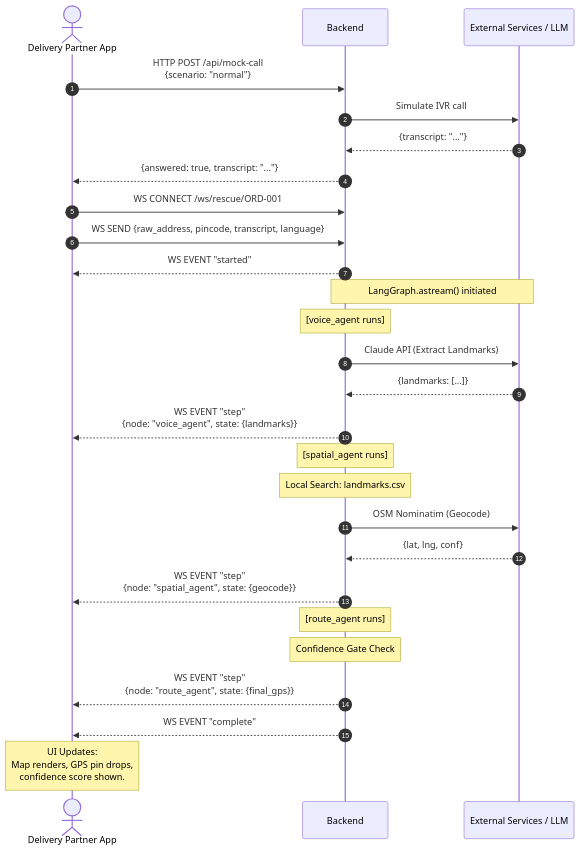
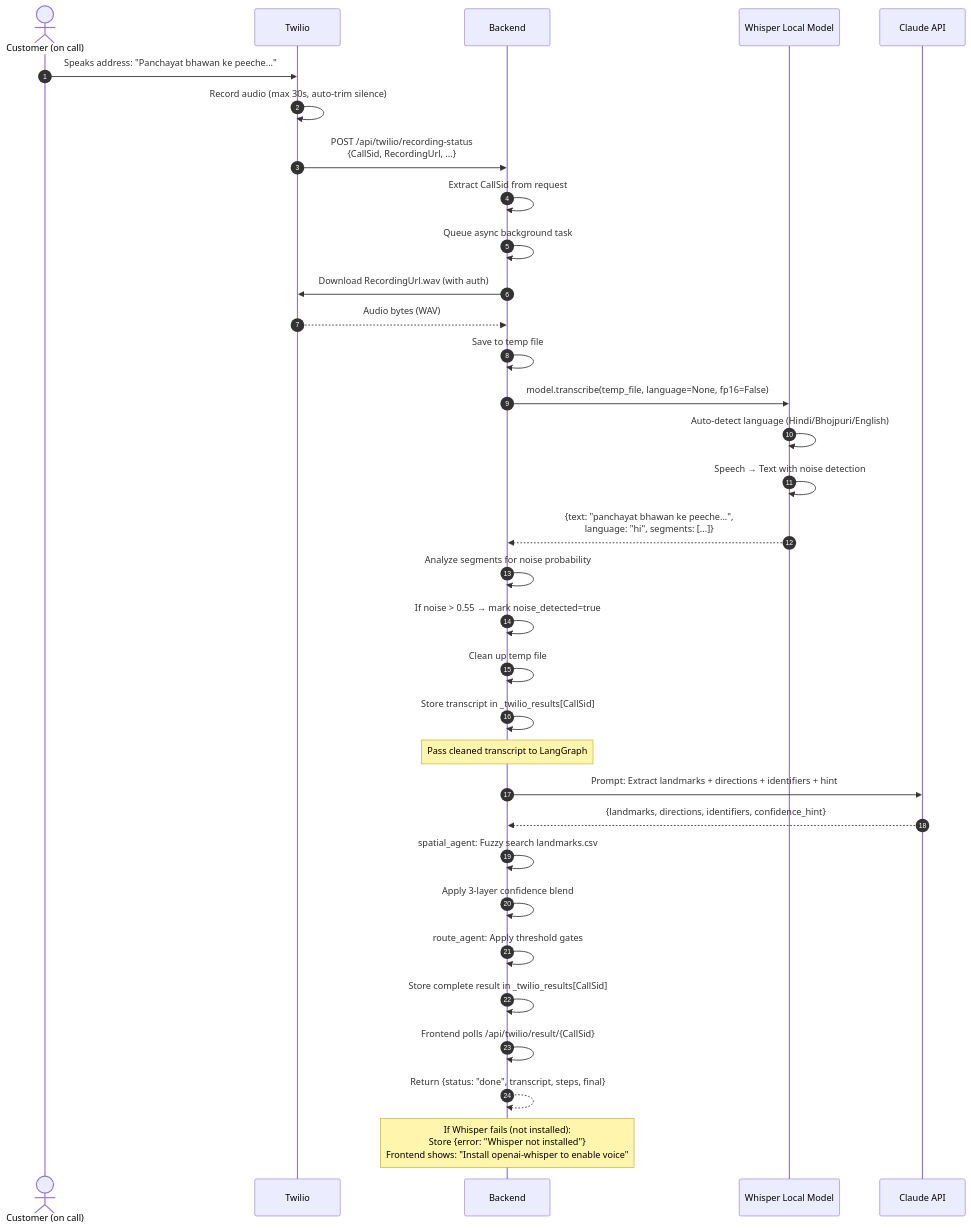
Before and after one commit to Snehaai/Delivery-Rescue: the second of 2 diagrams in README.md, drawn with Mermaid. The commit also changed other lines of this file, not shown here.

````diff
--- a/README.md
+++ b/README.md
@@ -294,37 +416,44 @@
 ```mermaid
 sequenceDiagram
     autonumber
-    actor App as Delivery Partner App
-    participant BE as Backend
-    participant Ext as External Services / LLM
-
-    App->>BE: HTTP POST /api/mock-call<br/>{scenario: "normal"}
-    BE->>Ext: Simulate IVR call
-    Ext-->>BE: {transcript: "..."}
-    BE-->>App: {answered: true, transcript: "..."}
-
-    App->>BE: WS CONNECT /ws/rescue/ORD-001
-    App->>BE: WS SEND {raw_address, pincode, transcript, language}
-    BE-->>App: WS EVENT "started"
-
-    Note over BE, Ext: LangGraph.astream() initiated
+    actor Speaker as Customer (on call)
+    participant Twilio as Twilio
+    participant Backend as Backend
+    participant Whisper as Whisper Local Model
+    participant LLM as Claude API
+ 
+    Speaker->>Twilio: Speaks address: "Panchayat bhawan ke peeche..."
+    Twilio->>Twilio: Record audio (max 30s, auto-trim silence)
+    Twilio->>Backend: POST /api/twilio/recording-status<br/>{CallSid, RecordingUrl, ...}
     
-    Note over BE: [voice_agent runs]
-    BE->>Ext: Claude API (Extract Landmarks)
-    Ext-->>BE: {landmarks: [...]}
-    BE-->>App: WS EVENT "step"<br/>{node: "voice_agent", state: {landmarks}}
-
-    Note over BE: [spatial_agent runs]
-    Note over BE: Local Search: landmarks.csv
-    BE->>Ext: OSM Nominatim (Geocode)
-    Ext-->>BE: {lat, lng, conf}
-    BE-->>App: WS EVENT "step"<br/>{node: "spatial_agent", state: {geocode}}
-
-    Note over BE: [route_agent runs]
-    Note over BE: Confidence Gate Check
-    BE-->>App: WS EVENT "step"<br/>{node: "route_agent", state: {final_gps}}
+    Backend->>Backend: Extract CallSid from request
+    Backend->>Backend: Queue async background task
+    Backend->>Twilio: Download RecordingUrl.wav (with auth)
+    Twilio-->>Backend: Audio bytes (WAV)
     
-    BE-->>App: WS EVENT "complete"
+    Backend->>Backend: Save to temp file
+    Backend->>Whisper: model.transcribe(temp_file, language=None, fp16=False)
+    Whisper->>Whisper: Auto-detect language (Hindi/Bhojpuri/English)
+    Whisper->>Whisper: Speech → Text with noise detection
+    Whisper-->>Backend: {text: "panchayat bhawan ke peeche...",<br/>language: "hi", segments: [...]}
     
-    Note over App: UI Updates:<br/>Map renders, GPS pin drops,<br/>confidence score shown.
+    Backend->>Backend: Analyze segments for noise probability
+    Backend->>Backend: If noise > 0.55 → mark noise_detected=true
+    
+    Backend->>Backend: Clean up temp file
+    Backend->>Backend: Store transcript in _twilio_results[CallSid]
+    
+    Note over Backend: Pass cleaned transcript to LangGraph
+    Backend->>LLM: Prompt: Extract landmarks + directions + identifiers + hint
+    LLM-->>Backend: {landmarks, directions, identifiers, confidence_hint}
+    
+    Backend->>Backend: spatial_agent: Fuzzy search landmarks.csv
+    Backend->>Backend: Apply 3-layer confidence blend
+    Backend->>Backend: route_agent: Apply threshold gates
+    
+    Backend->>Backend: Store complete result in _twilio_results[CallSid]
+    Backend->>Backend: Frontend polls /api/twilio/result/{CallSid}
+    Backend-->>Backend: Return {status: "done", transcript, steps, final}
+    
+    Note over Backend: If Whisper fails (not installed):<br/>Store {error: "Whisper not installed"}<br/>Frontend shows: "Install openai-whisper to enable voice"
 ```
````
